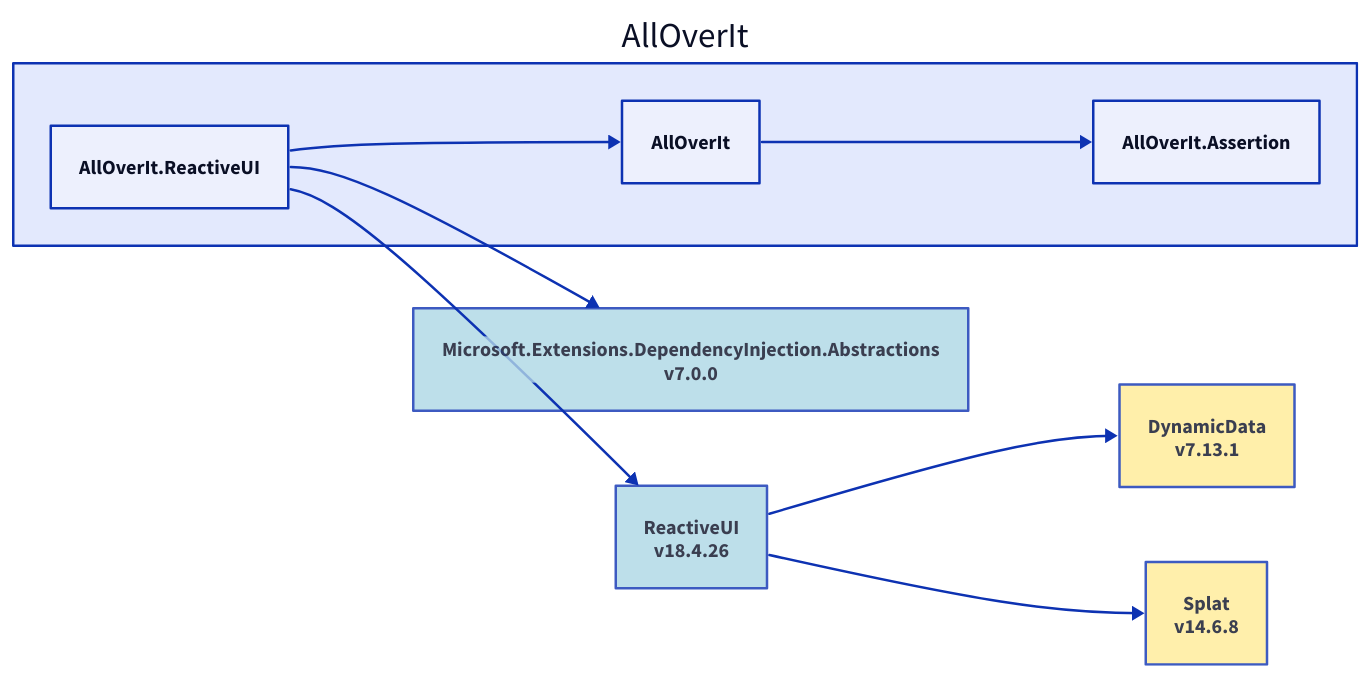
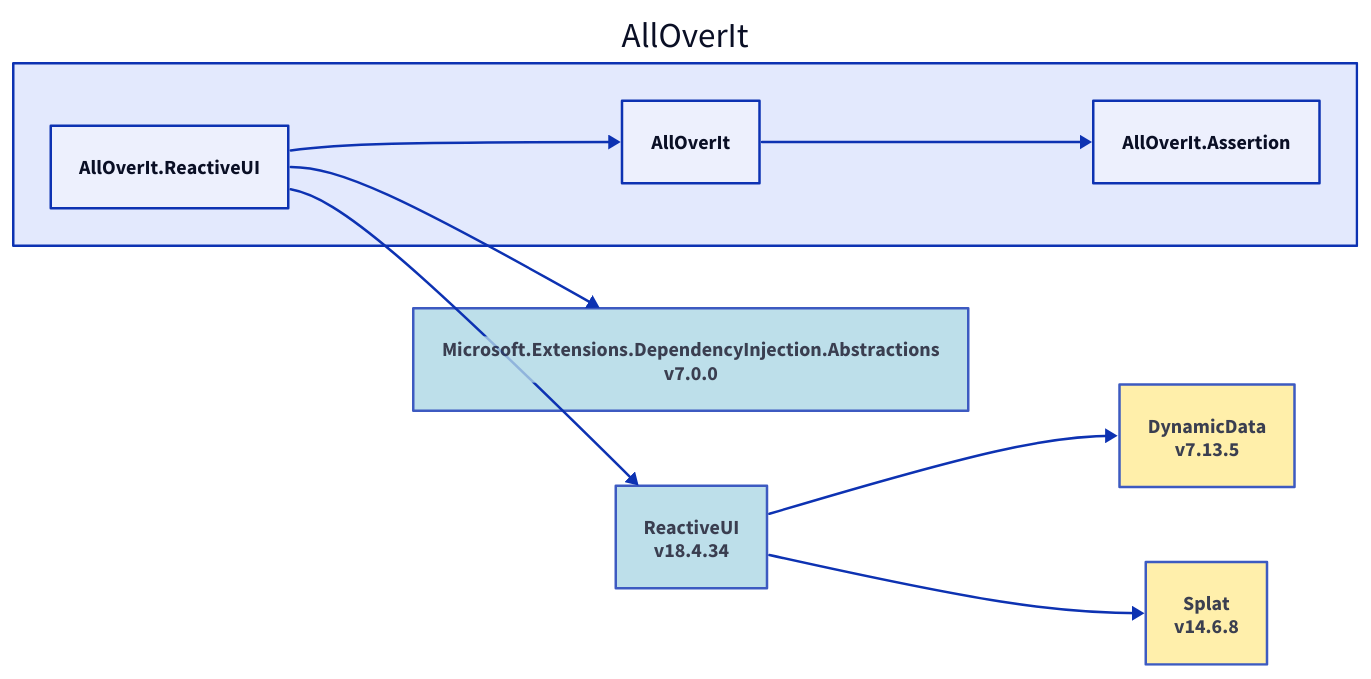
One commit to nickathone/AllOverIt changed the diagram in Docs/Dependencies/alloverit-reactiveui.d2. Above: the diagram before and after it, drawn with D2. The commit also changed 9 other files, not shown here.

Commit message:
Diagram updates

```diff
--- a/Docs/Dependencies/alloverit-reactiveui.d2
+++ b/Docs/Dependencies/alloverit-reactiveui.d2
@@ -1,24 +1,24 @@
 direction: right
 
 aoi: AllOverIt
 aoi.alloverit-reactiveui: AllOverIt.ReactiveUI
 microsoft-extensions-dependencyinjection-abstractions_7-0-0: Microsoft.Extensions.DependencyInjection.Abstractions\nv7.0.0
 microsoft-extensions-dependencyinjection-abstractions_7-0-0.style.fill: "#ADD8E6"
 microsoft-extensions-dependencyinjection-abstractions_7-0-0.style.opacity: 0.8
 microsoft-extensions-dependencyinjection-abstractions_7-0-0 <- aoi.alloverit-reactiveui
-reactiveui_18-4-26: ReactiveUI\nv18.4.26
-reactiveui_18-4-26.style.fill: "#ADD8E6"
-reactiveui_18-4-26.style.opacity: 0.8
-dynamicdata_7-13-1: DynamicData\nv7.13.1
-dynamicdata_7-13-1.style.fill: "#FFEC96"
-dynamicdata_7-13-1.style.opacity: 0.8
-dynamicdata_7-13-1 <- reactiveui_18-4-26
+reactiveui_18-4-34: ReactiveUI\nv18.4.34
+reactiveui_18-4-34.style.fill: "#ADD8E6"
+reactiveui_18-4-34.style.opacity: 0.8
+dynamicdata_7-13-5: DynamicData\nv7.13.5
+dynamicdata_7-13-5.style.fill: "#FFEC96"
+dynamicdata_7-13-5.style.opacity: 0.8
+dynamicdata_7-13-5 <- reactiveui_18-4-34
 splat_14-6-8: Splat\nv14.6.8
 splat_14-6-8.style.fill: "#FFEC96"
 splat_14-6-8.style.opacity: 0.8
-splat_14-6-8 <- reactiveui_18-4-26
-reactiveui_18-4-26 <- aoi.alloverit-reactiveui
+splat_14-6-8 <- reactiveui_18-4-34
+reactiveui_18-4-34 <- aoi.alloverit-reactiveui
 aoi.alloverit: AllOverIt
 aoi.alloverit-assertion: AllOverIt.Assertion
 aoi.alloverit-assertion <- aoi.alloverit
 aoi.alloverit <- aoi.alloverit-reactiveui
```
